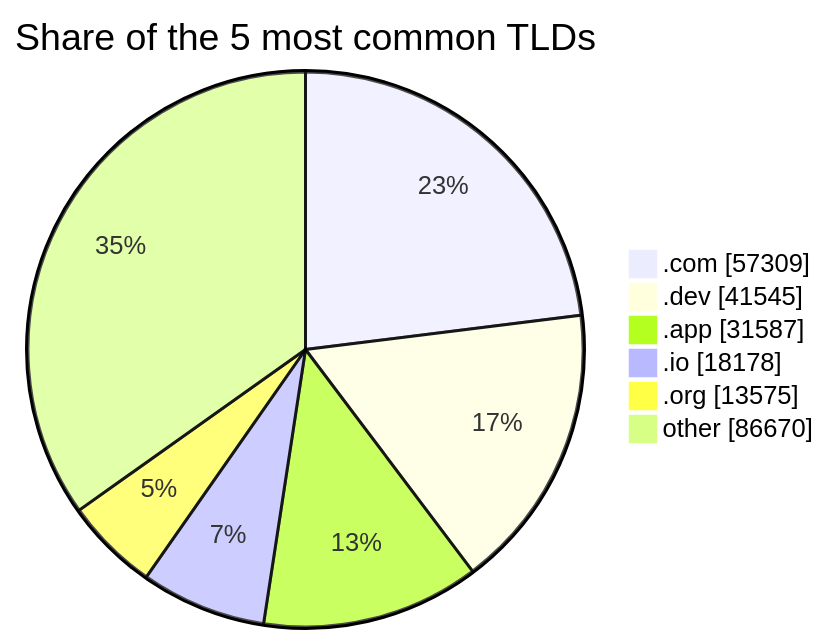
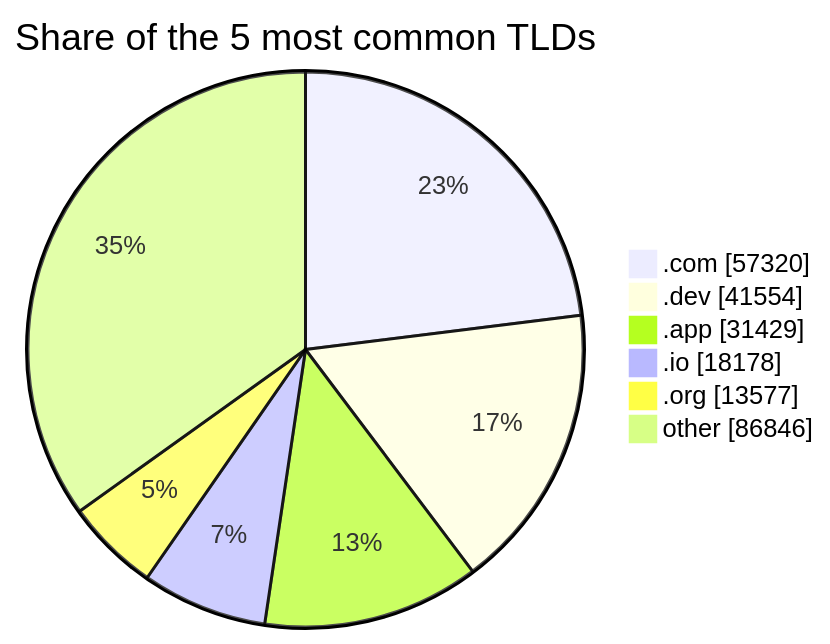
Before and after one commit to DNSBunker/CTI: the second of 2 diagrams in README.md, drawn with Mermaid. The commit also changed other lines of this file and 3 other files, not shown here.

````diff
--- a/README.md
+++ b/README.md
@@ -72,9 +72,9 @@
 ```mermaid
 pie showData title Share of the 5 most common TLDs
-    ".com" : 57309
-    ".dev" : 41545
-    ".app" : 31587
+    ".com" : 57320
+    ".dev" : 41554
+    ".app" : 31429
     ".io" : 18178
-    ".org" : 13575
-    "other" : 86670
+    ".org" : 13577
+    "other" : 86846
 ```
````
